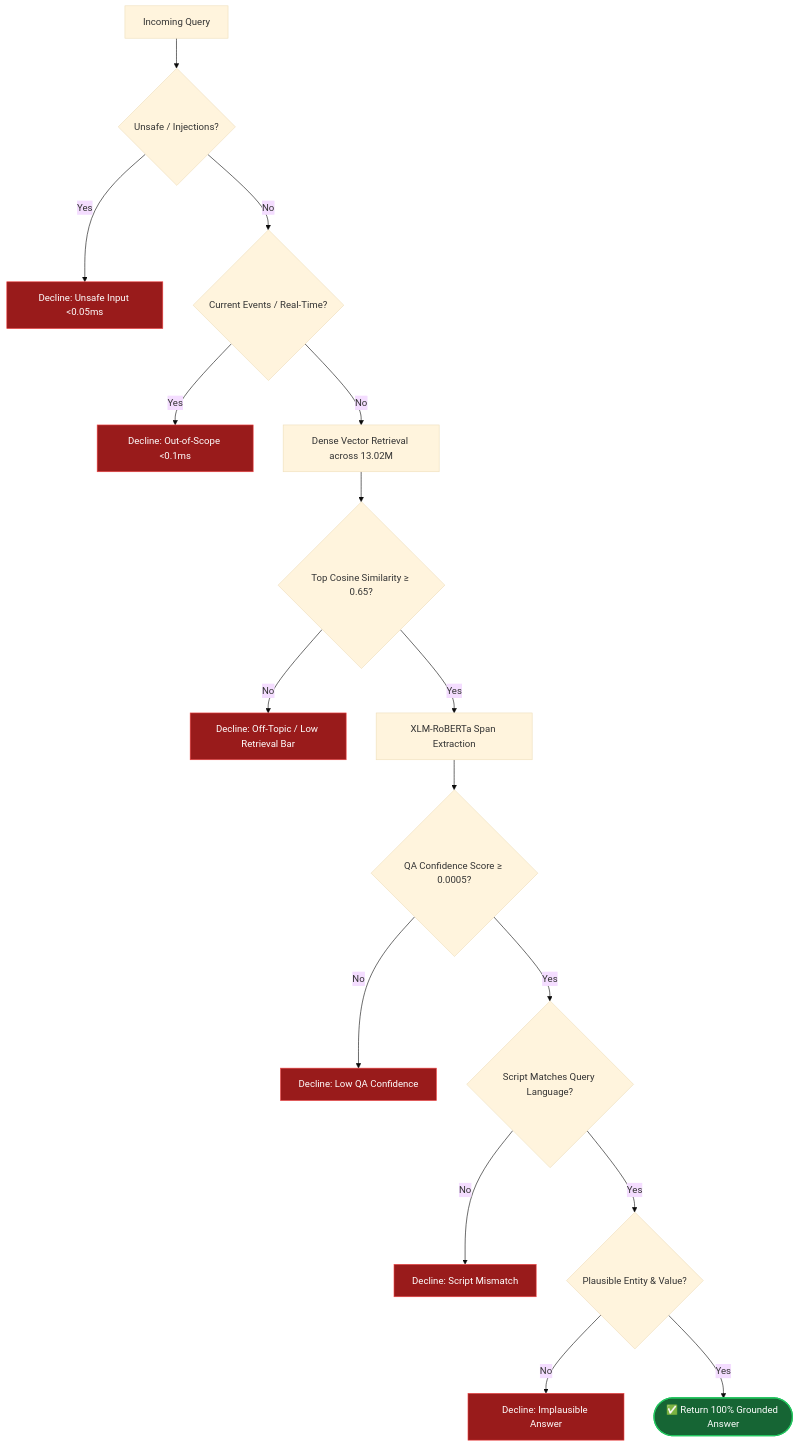
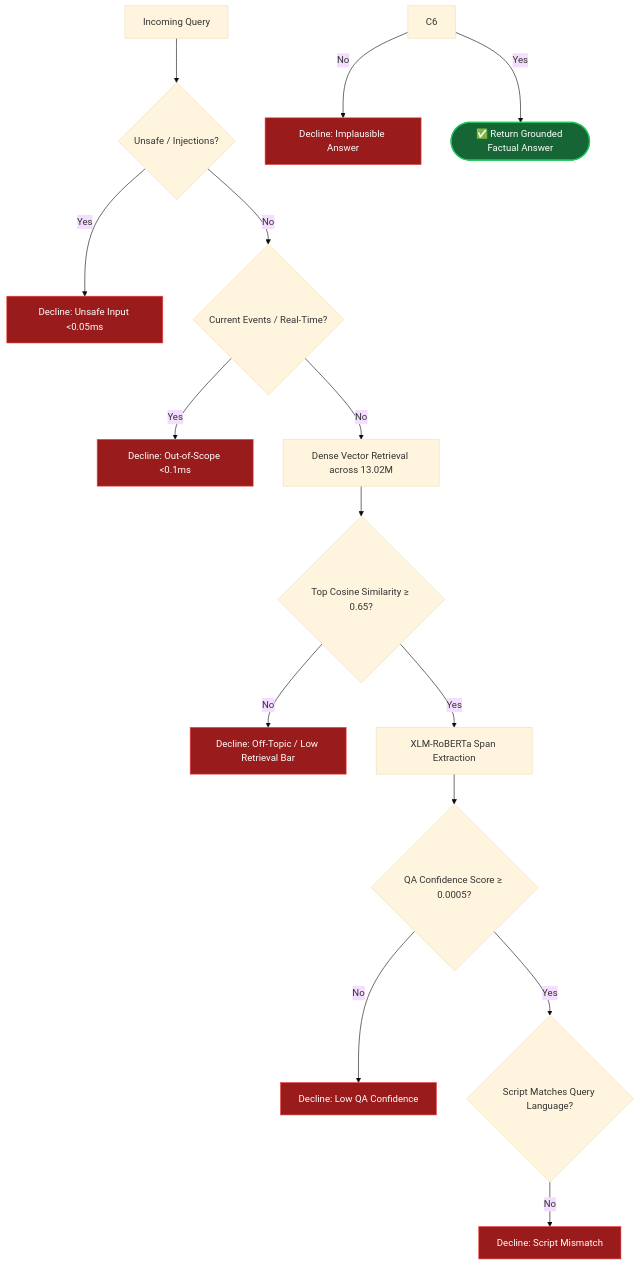
One commit to Asheesh7298/Rag-voice changed the fourth of 4 diagrams in ARCHITECTURE_AND_DATA_FLOW.md. Above: the diagram before and after it, drawn with Mermaid (base theme). The commit also changed other lines of this file and 8 other files, not shown here.

````diff
--- a/ARCHITECTURE_AND_DATA_FLOW.md
+++ b/ARCHITECTURE_AND_DATA_FLOW.md
@@ -151,31 +151,29 @@
 ```mermaid
 flowchart TD
     Q[Incoming Query] --> C1{Unsafe / Injections?}
     C1 -- Yes --> R1[Decline: Unsafe Input <0.05ms]
     C1 -- No --> C2{Current Events / Real-Time?}
     
     C2 -- Yes --> R2[Decline: Out-of-Scope <0.1ms]
     C2 -- No --> VSearch[Dense Vector Retrieval across 13.02M]
     
     VSearch --> C3{Top Cosine Similarity ≥ 0.65?}
     C3 -- No --> R3[Decline: Off-Topic / Low Retrieval Bar]
     C3 -- Yes --> QAExtract[XLM-RoBERTa Span Extraction]
     
     QAExtract --> C4{QA Confidence Score ≥ 0.0005?}
     C4 -- No --> R4[Decline: Low QA Confidence]
     C4 -- Yes --> C5{Script Matches Query Language?}
     
     C5 -- No --> R5[Decline: Script Mismatch]
-    C5 -- Yes --> C6{Plausible Entity & Value?}
-    
-    C6 -- No --> R6[Decline: Implausible Answer]
-    C6 -- Yes --> Out([✅ Return 100% Grounded Answer])
+     C6 -- No --> R6[Decline: Implausible Answer]
+    C6 -- Yes --> Out([✅ Return Grounded Factual Answer])
 
     style Out fill:#166534,stroke:#22c55e,stroke-width:2px,color:#fff
     style R1 fill:#991b1b,stroke:#ef4444,color:#fff
     style R2 fill:#991b1b,stroke:#ef4444,color:#fff
     style R3 fill:#991b1b,stroke:#ef4444,color:#fff
     style R4 fill:#991b1b,stroke:#ef4444,color:#fff
     style R5 fill:#991b1b,stroke:#ef4444,color:#fff
     style R6 fill:#991b1b,stroke:#ef4444,color:#fff
 ```
````
